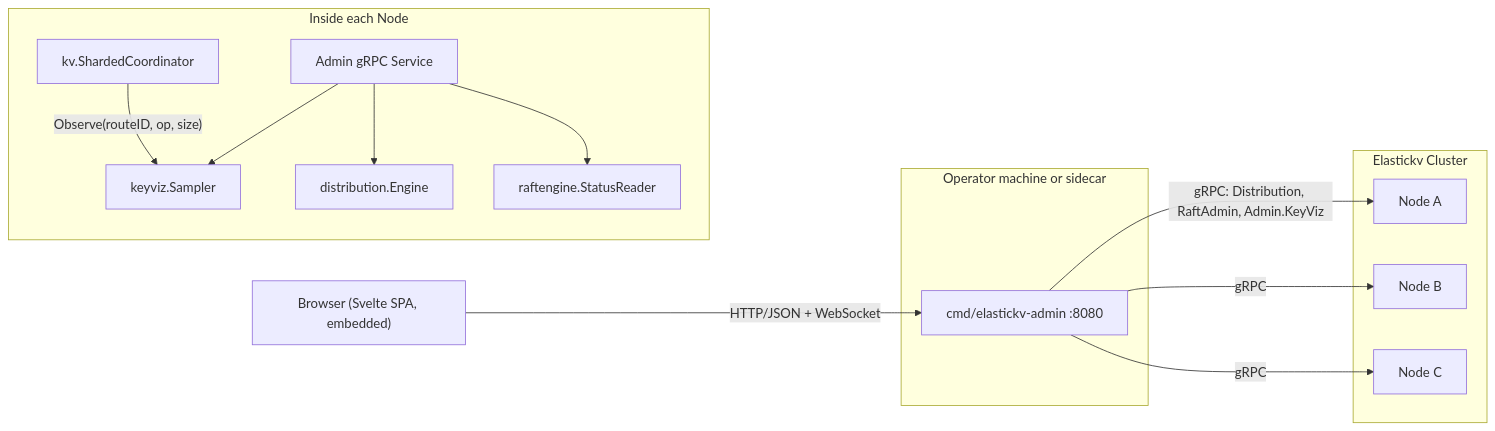
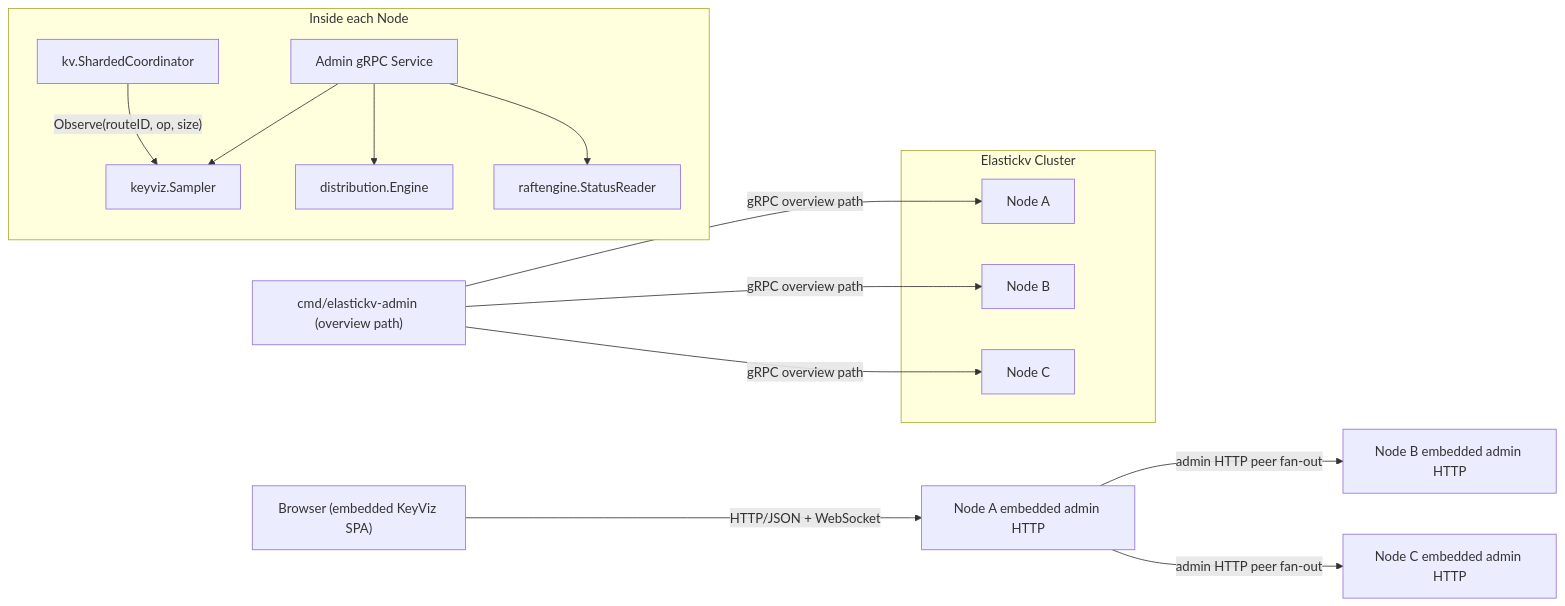
Before and after one commit to bootjp/elastickv: the diagram in docs/admin_ui_key_visualizer_design.md, drawn with Mermaid. The commit also changed other lines of this file, not shown here.

Commit message:
docs: separate keyviz fanout architecture paths

````diff
--- a/docs/admin_ui_key_visualizer_design.md
+++ b/docs/admin_ui_key_visualizer_design.md
@@ -39,32 +39,36 @@
 ```mermaid
 flowchart LR
-  Browser["Browser (Svelte SPA, embedded)"]
+  Browser["Browser (embedded KeyViz SPA)"]
+  Standalone["cmd/elastickv-admin (overview path)"]
 
-  subgraph AdminHost["Operator machine or sidecar"]
-    Admin["cmd/elastickv-admin :8080"]
-  end
+  Node1HTTP["Node A embedded admin HTTP"]
+  Node2HTTP["Node B embedded admin HTTP"]
+  Node3HTTP["Node C embedded admin HTTP"]
 
   subgraph Cluster["Elastickv Cluster"]
     Node1["Node A"]
     Node2["Node B"]
     Node3["Node C"]
   end
 
-  Browser -- "HTTP/JSON + WebSocket" --> Admin
-  Admin -- "gRPC: Distribution, RaftAdmin, Admin.KeyViz" --> Node1
-  Admin -- "gRPC" --> Node2
-  Admin -- "gRPC" --> Node3
+  Browser -- "HTTP/JSON + WebSocket" --> Node1HTTP
+  Node1HTTP -- "admin HTTP peer fan-out" --> Node2HTTP
+  Node1HTTP -- "admin HTTP peer fan-out" --> Node3HTTP
+
+  Standalone -- "gRPC overview path" --> Node1
+  Standalone -- "gRPC overview path" --> Node2
+  Standalone -- "gRPC overview path" --> Node3
 
   subgraph NodeInternal["Inside each Node"]
     Sampler["keyviz.Sampler"]
     Coord["kv.ShardedCoordinator"]
     Dist["distribution.Engine"]
     Raft["raftengine.StatusReader"]
     AdminSvc["Admin gRPC Service"]
   end
 
   Coord -- "Observe(routeID, op, size)" --> Sampler
   AdminSvc --> Sampler
   AdminSvc --> Dist
   AdminSvc --> Raft
 ```
````
